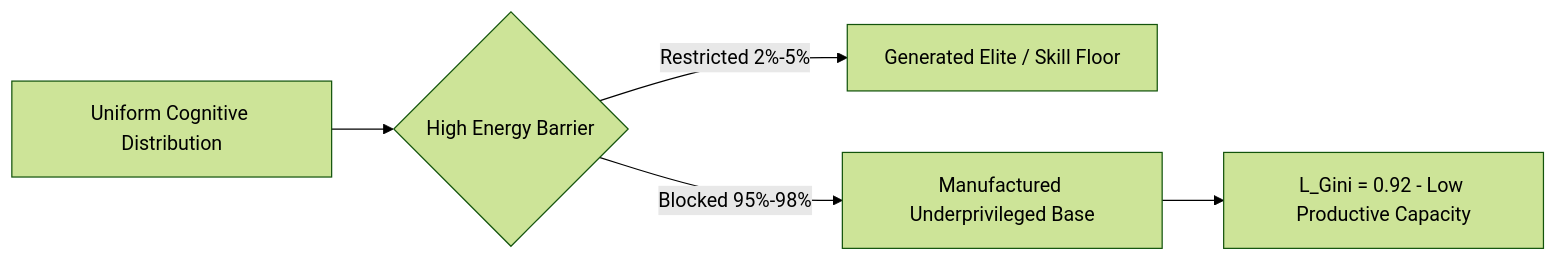
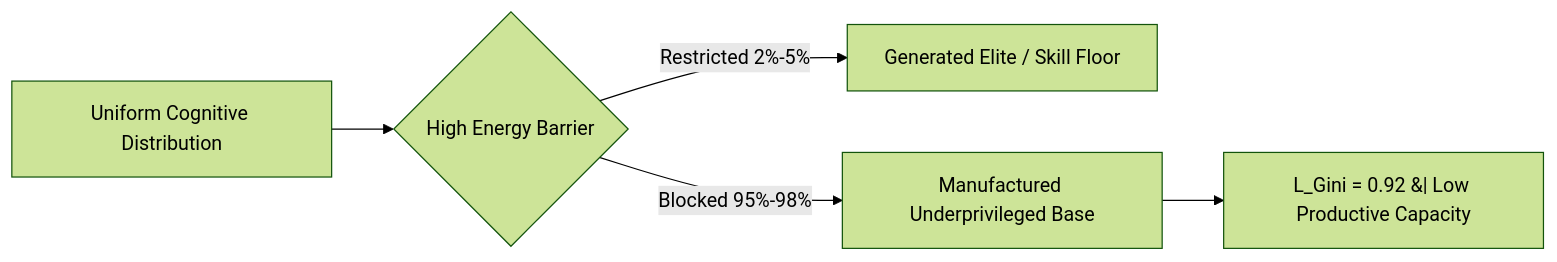
One commit to justicephysics/Nalanda changed the third of 3 diagrams in published/2026-07-25_Education_SystemicRuin_AcademicUniversityProfessorAbstractPaper.md. Above: the diagram before and after it, drawn with Mermaid (forest theme).

````diff
--- a/published/2026-07-25_Education_SystemicRuin_AcademicUniversityProfessorAbstractPaper.md
+++ b/published/2026-07-25_Education_SystemicRuin_AcademicUniversityProfessorAbstractPaper.md
@@ -110,7 +110,7 @@
 ```mermaid
 graph LR
     A[Uniform Cognitive Distribution] --> B{High Energy Barrier}
     B -- "Restricted 2%-5%" --> C[Generated Elite / Skill Floor]
     B -- "Blocked 95%-98%" --> D[Manufactured Underprivileged Base]
-    D --> E[L_Gini = 0.92 - Low Productive Capacity]
+    D --> E[L_Gini = 0.92 &#124; Low Productive Capacity]
 ```
````
